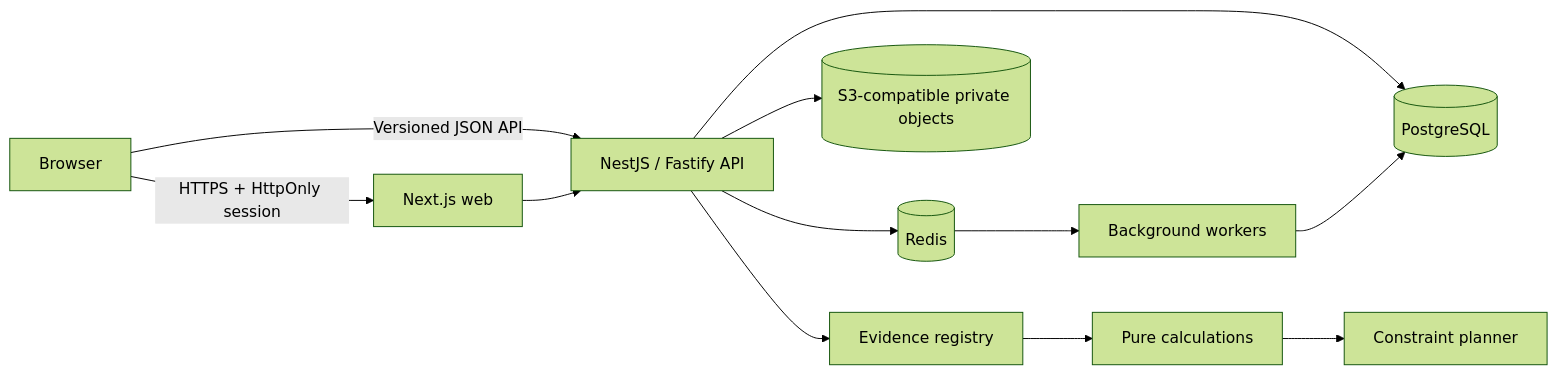
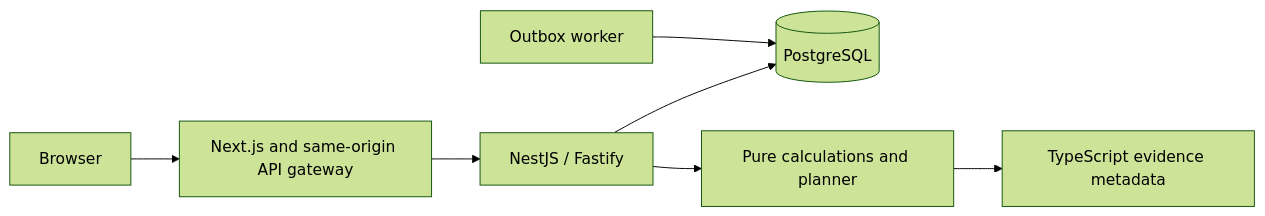
The diagram in docs/architecture/overview.md (ildrm/be-human), drawn with Mermaid (forest theme) before and after one commit. The commit also changed other lines of this file and 47 other files, not shown here.

````diff
--- a/docs/architecture/overview.md
+++ b/docs/architecture/overview.md
@@ -5,14 +5,9 @@
 ```mermaid
 flowchart LR
-  B[Browser] -->|HTTPS + HttpOnly session| W[Next.js web]
-  B -->|Versioned JSON API| A[NestJS / Fastify API]
-  W --> A
-  A --> P[(PostgreSQL)]
-  A --> R[(Redis)]
-  A --> O[(S3-compatible private objects)]
-  R --> J[Background workers]
-  J --> P
-  A --> E[Evidence registry]
-  E --> C[Pure calculations]
-  C --> L[Constraint planner]
+  Browser --> Web[Next.js and same-origin API gateway]
+  Web --> API[NestJS / Fastify]
+  API --> DB[(PostgreSQL)]
+  Worker[Outbox worker] --> DB
+  API --> Domain[Pure calculations and planner]
+  Domain --> Registry[TypeScript evidence metadata]
 ```
````
